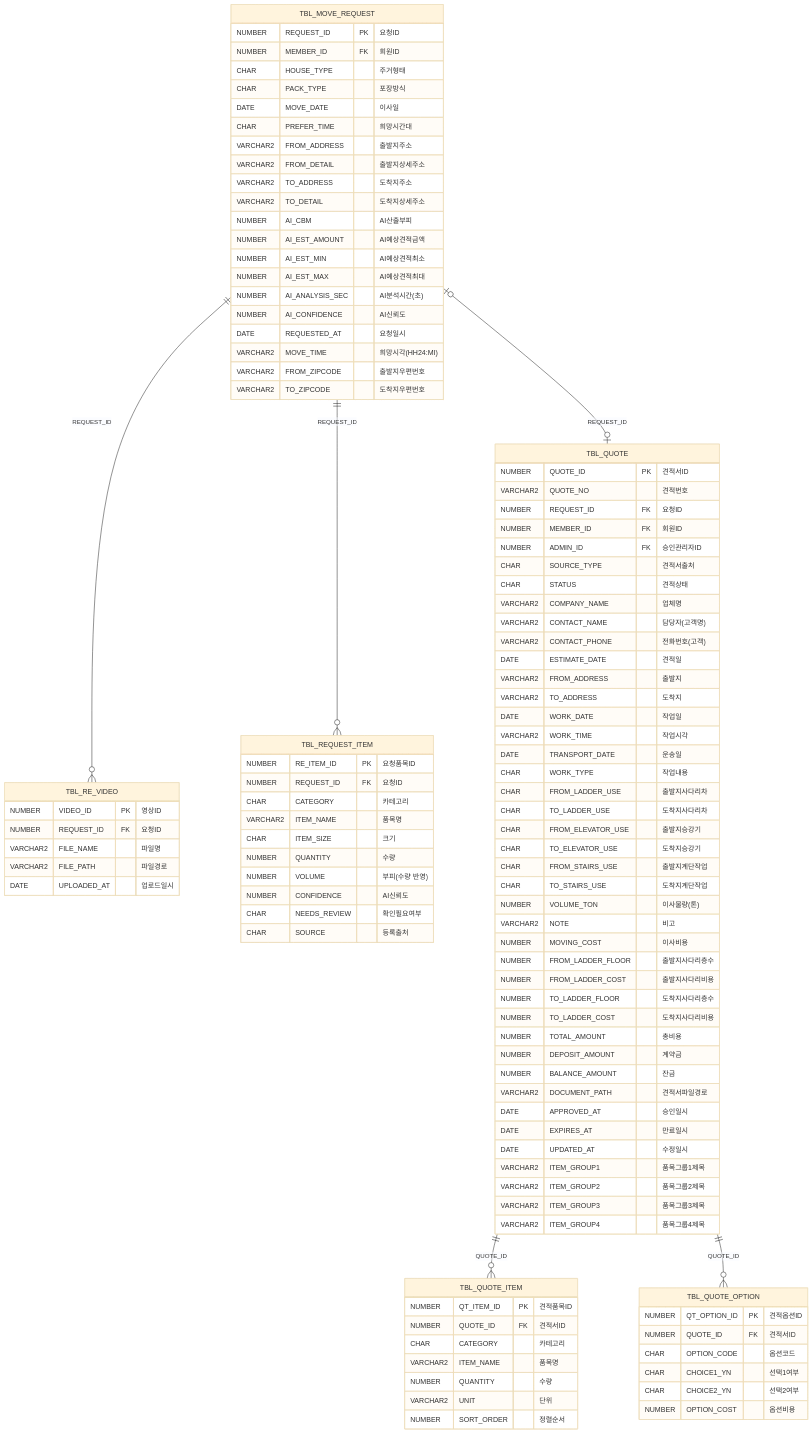
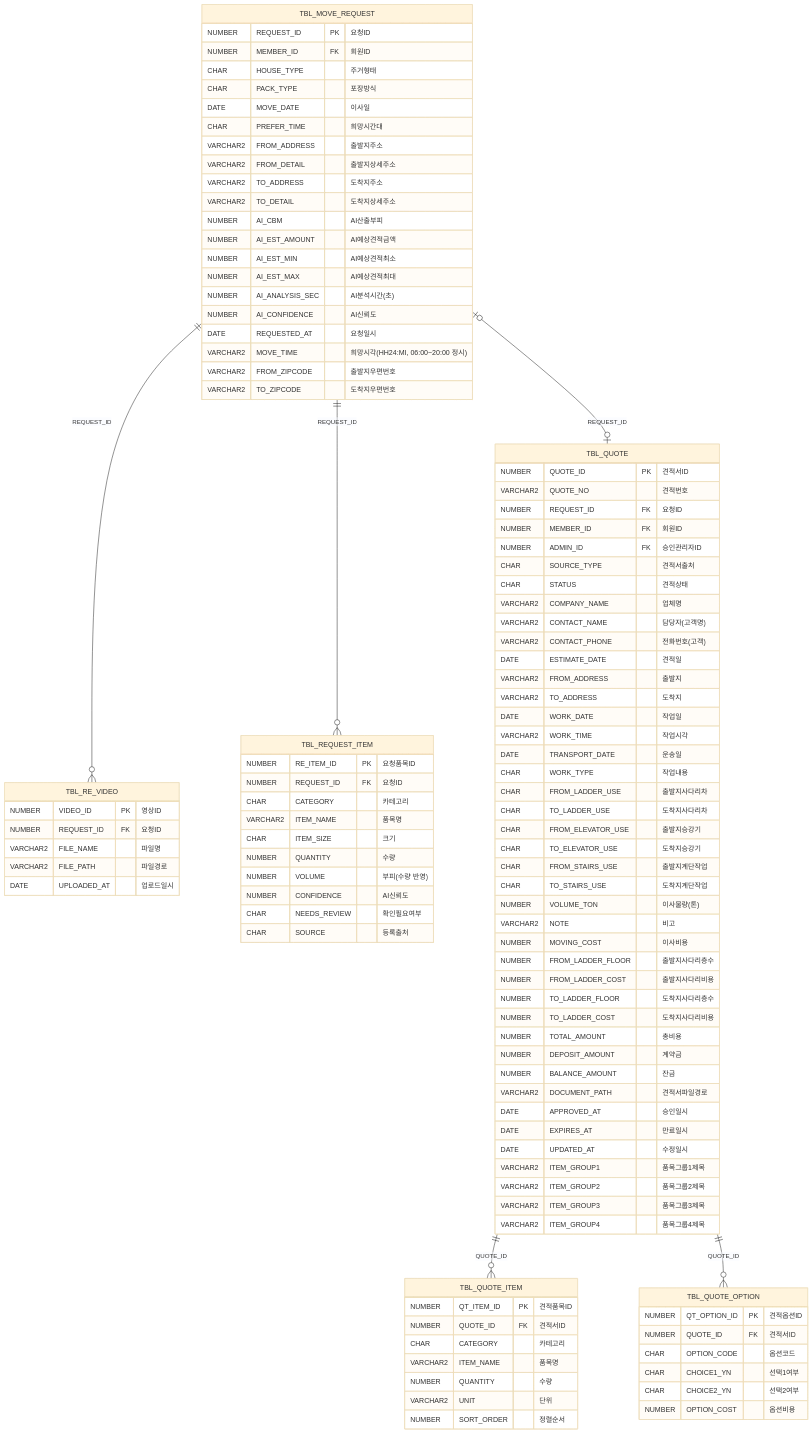
One commit to hyewan01/CodeMove-AI changed the second of 7 diagrams in docs/erd/ERD.md. Above: the diagram before and after it, drawn with Mermaid (base theme). The commit also changed other lines of this file and 3 other files, not shown here.

First line of the commit message:
Accept only 6:00-20:00 move times on the server and note it in the ERD

```diff
--- a/docs/erd/ERD.md
+++ b/docs/erd/ERD.md
@@ -62,7 +62,7 @@
         NUMBER AI_ANALYSIS_SEC "AI분석시간(초)"
         NUMBER AI_CONFIDENCE "AI신뢰도"
         DATE REQUESTED_AT "요청일시"
-        VARCHAR2 MOVE_TIME "희망시각(HH24:MI)"
+        VARCHAR2 MOVE_TIME "희망시각(HH24:MI, 06:00~20:00 정시)"
         VARCHAR2 FROM_ZIPCODE "출발지우편번호"
         VARCHAR2 TO_ZIPCODE "도착지우편번호"
     }
```
